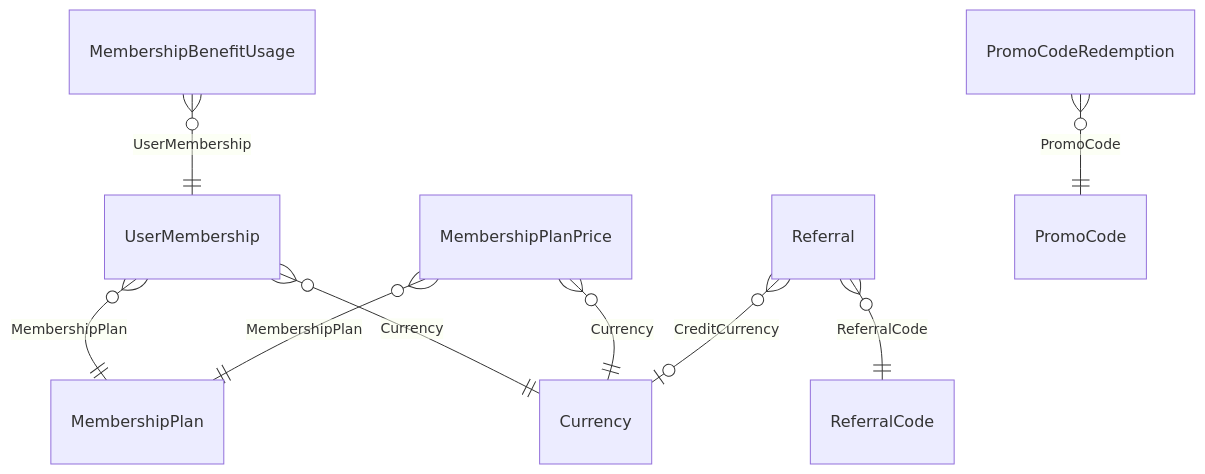
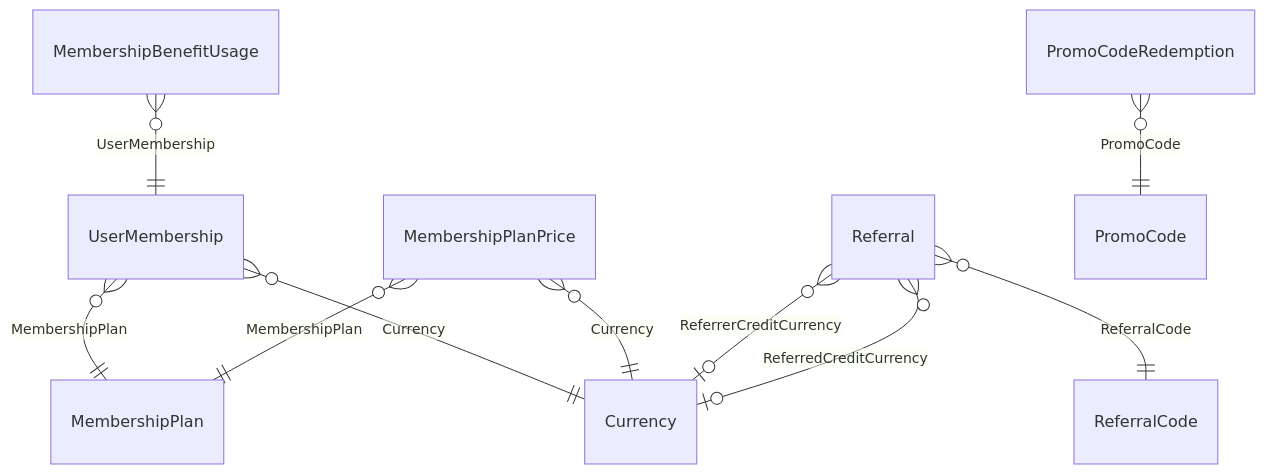
Before and after one commit to VM-s-Solutions/cleansia: the sixth of 6 diagrams in docs/domain/model.md, drawn with Mermaid. The commit also changed other lines of this file and 18 other files, not shown here.

````diff
--- a/docs/domain/model.md
+++ b/docs/domain/model.md
@@ -307,11 +308,12 @@
 ```mermaid
 erDiagram
   UserMembership }o--|| MembershipPlan : "MembershipPlan"
   UserMembership }o--|| Currency : "Currency"
   MembershipPlanPrice }o--|| MembershipPlan : "MembershipPlan"
   MembershipPlanPrice }o--|| Currency : "Currency"
   Referral }o--|| ReferralCode : "ReferralCode"
-  Referral }o--o| Currency : "CreditCurrency"
+  Referral }o--o| Currency : "ReferrerCreditCurrency"
+  Referral }o--o| Currency : "ReferredCreditCurrency"
   PromoCodeRedemption }o--|| PromoCode : "PromoCode"
   MembershipBenefitUsage }o--|| UserMembership : "UserMembership"
 ```
````
